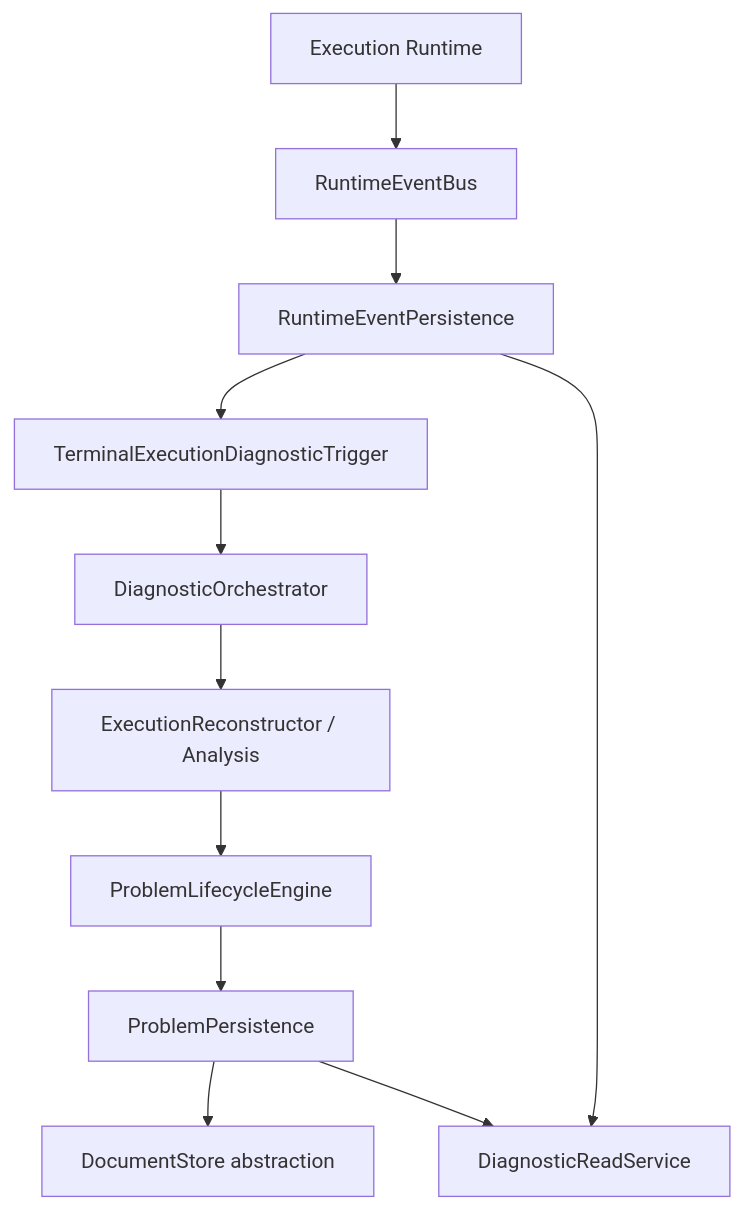
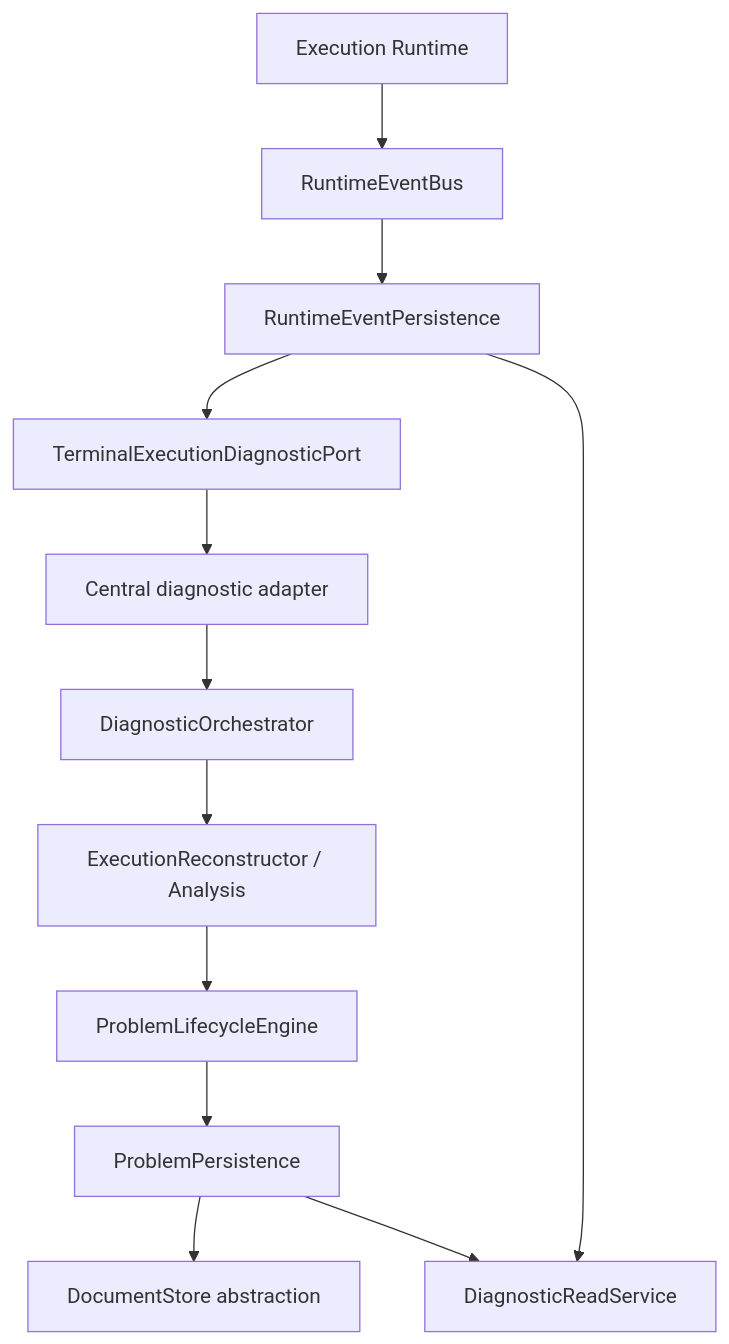
The first of 3 diagrams in docs/project/architecture/DIAGNOSTICS.md (jakbuczarnecki/intergrax), drawn with Mermaid before and after one commit. The commit also changed other lines of this file and 19 other files, not shown here.

Commit message:
OBS-DIAG-PORT-1: neutralize terminal diagnostic integration

````diff
--- a/docs/project/architecture/DIAGNOSTICS.md
+++ b/docs/project/architecture/DIAGNOSTICS.md
@@ -168,19 +168,20 @@
 ```mermaid
 flowchart TB
     EX[Execution Runtime]
     BUS[RuntimeEventBus]
     REP[RuntimeEventPersistence]
-    TRG[TerminalExecutionDiagnosticTrigger]
+    PORT[TerminalExecutionDiagnosticPort]
+    ADP[Central diagnostic adapter]
     ORC[DiagnosticOrchestrator]
     REC[ExecutionReconstructor / Analysis]
     PLC[ProblemLifecycleEngine]
     PP[ProblemPersistence]
     DS[DocumentStore abstraction]
     READ[DiagnosticReadService]
 
     EX --> BUS --> REP
-    REP --> TRG --> ORC
+    REP --> PORT --> ADP --> ORC
     ORC --> REC --> PLC --> PP --> DS
     PP --> READ
     REP --> READ
 ```
````
